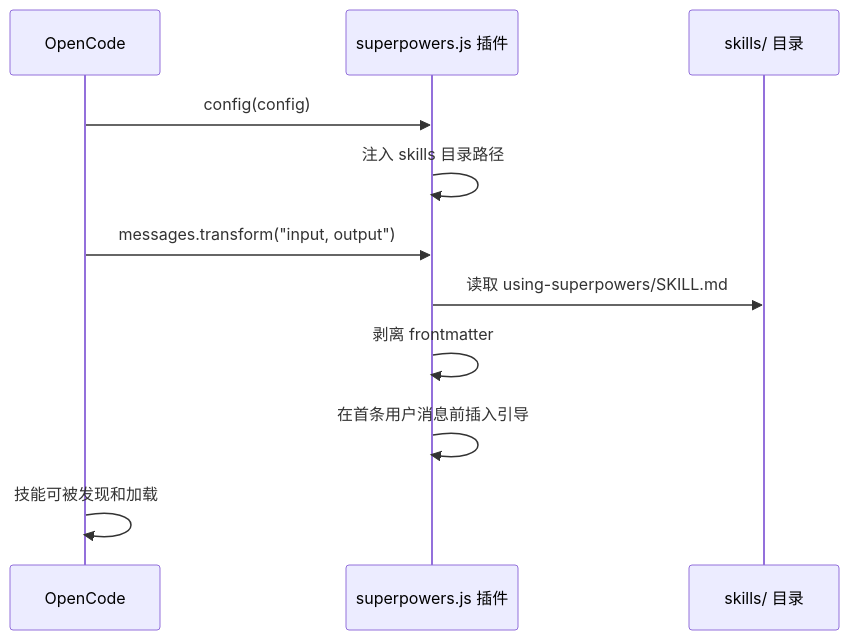
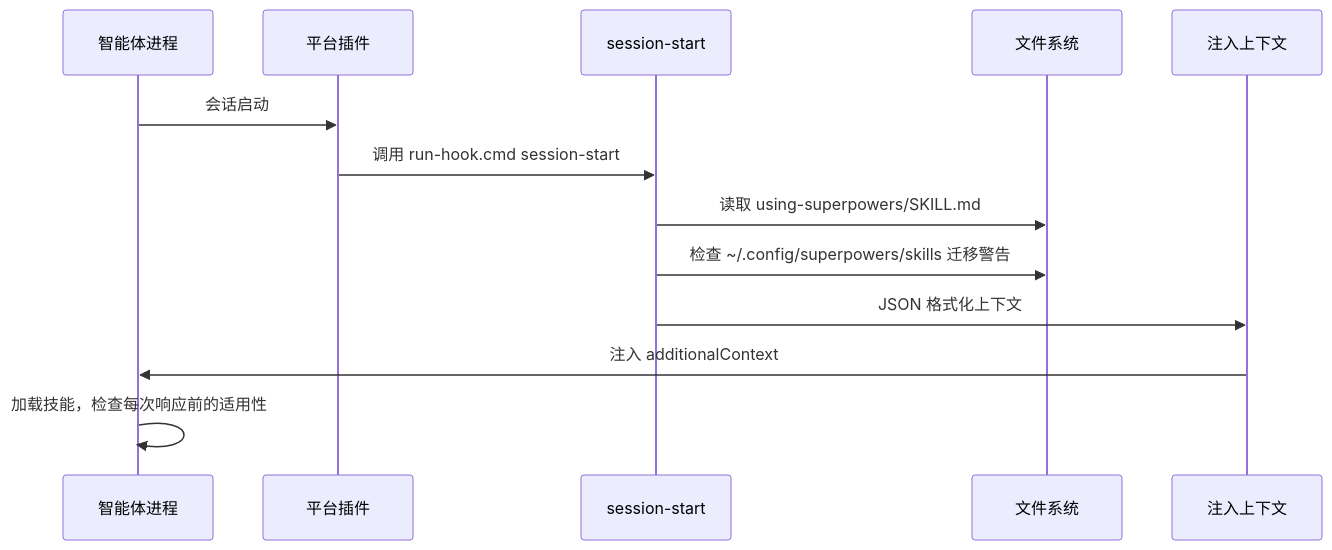
Before and after one commit to dragonforce2010/awesome-ai-repos-deepwiki: the second of 2 diagrams in project-wiki/superpowers/pages/system-architecture.md, drawn with Mermaid. The commit also changed other lines of this file and 26 other files, not shown here.

````diff
--- a/project-wiki/superpowers/pages/system-architecture.md
+++ b/project-wiki/superpowers/pages/system-architecture.md
@@ -426,14 +74,16 @@
 ```mermaid
 sequenceDiagram
-    participant OC as OpenCode
-    participant P as superpowers.js 插件
-    participant S as skills/ 目录
+    participant Agent as 智能体进程
+    participant Plugin as 平台插件
+    participant Hook as session-start
+    participant FS as 文件系统
+    participant Context as 注入上下文
 
-    OC->>P: config(config)
-    P->>P: 注入 skills 目录路径
-    OC->>P: messages.transform("input, output")
-    P->>S: 读取 using-superpowers/SKILL.md
-    P->>P: 剥离 frontmatter
-    P->>P: 在首条用户消息前插入引导
-    OC->>OC: 技能可被发现和加载
+    Agent->>Plugin: 会话启动
+    Plugin->>Hook: 调用 run-hook.cmd session-start
+    Hook->>FS: 读取 using-superpowers/SKILL.md
+    Hook->>FS: 检查 ~/.config/superpowers/skills 迁移警告
+    Hook->>Context: JSON 格式化上下文
+    Context->>Agent: 注入 additionalContext
+    Agent->>Agent: 加载技能，检查每次响应前的适用性
 ```
````
